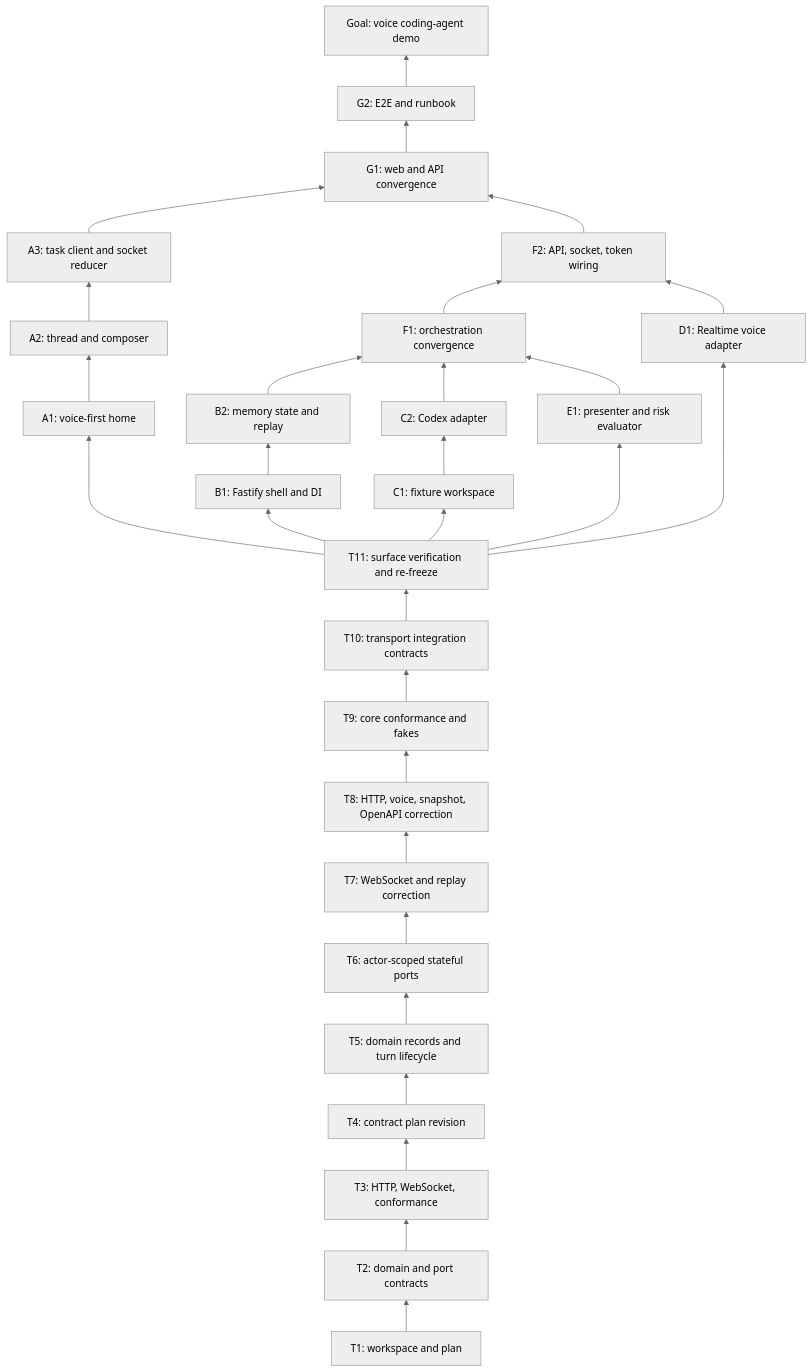
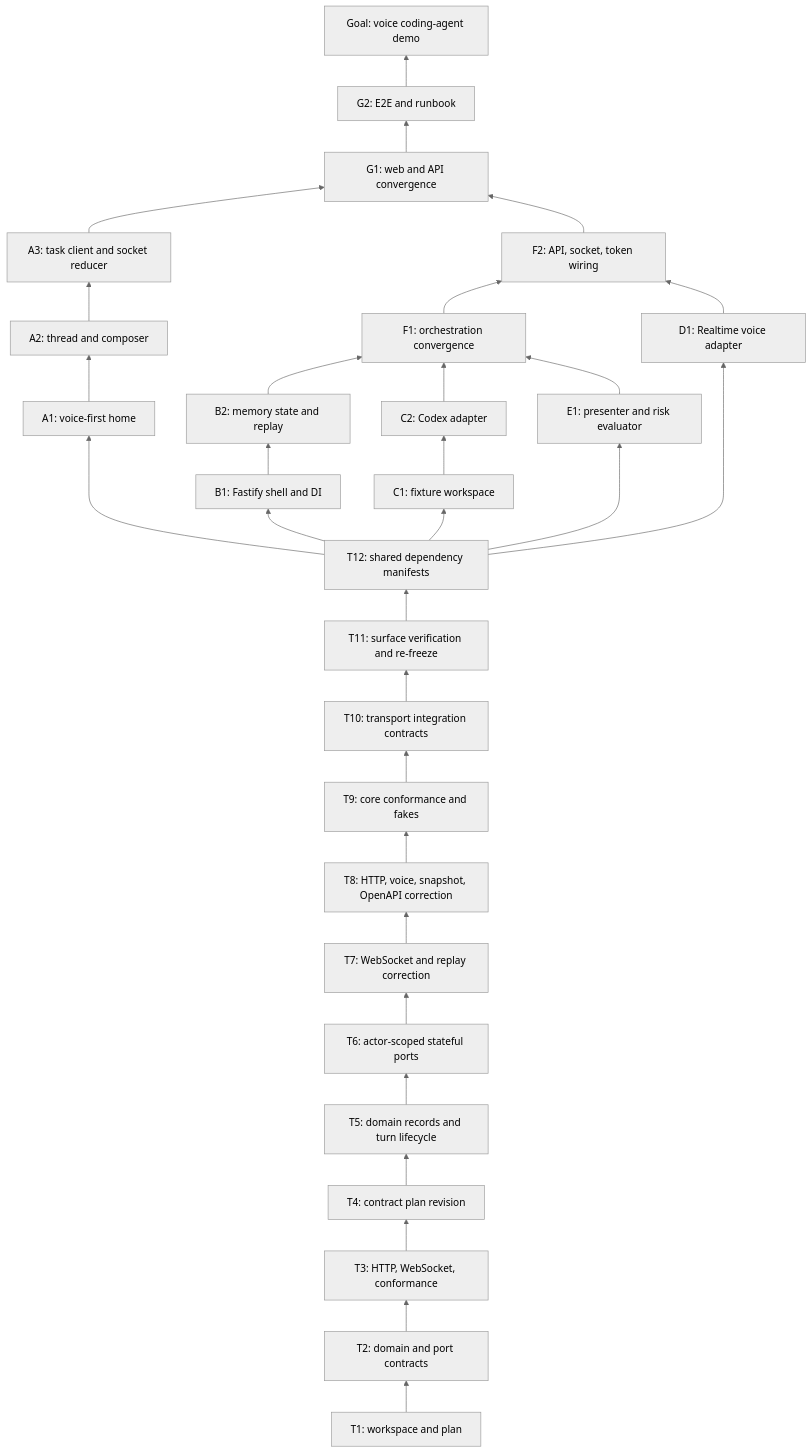
One commit to jv8-alt/voice-agent changed the sixth of 6 diagrams in MIKADO.md. Above: the diagram before and after it, drawn with Mermaid (neutral theme). The commit also changed other lines of this file and 9 other files, not shown here.

````diff
--- a/MIKADO.md
+++ b/MIKADO.md
@@ -270,31 +270,32 @@
 ```mermaid
 flowchart BT
   T1["T1: workspace and plan"] --> T2["T2: domain and port contracts"]
   T2 --> T3["T3: HTTP, WebSocket, conformance"]
   T3 --> T4["T4: contract plan revision"]
   T4 --> T5["T5: domain records and turn lifecycle"]
   T5 --> T6["T6: actor-scoped stateful ports"]
   T6 --> T7["T7: WebSocket and replay correction"]
   T7 --> T8["T8: HTTP, voice, snapshot, OpenAPI correction"]
   T8 --> T9["T9: core conformance and fakes"]
   T9 --> T10["T10: transport integration contracts"]
   T10 --> T11["T11: surface verification and re-freeze"]
-  T11 --> A1["A1: voice-first home"]
+  T11 --> T12["T12: shared dependency manifests"]
+  T12 --> A1["A1: voice-first home"]
   A1 --> A2["A2: thread and composer"]
   A2 --> A3["A3: task client and socket reducer"]
-  T11 --> B1["B1: Fastify shell and DI"]
+  T12 --> B1["B1: Fastify shell and DI"]
   B1 --> B2["B2: memory state and replay"]
-  T11 --> C1["C1: fixture workspace"]
+  T12 --> C1["C1: fixture workspace"]
   C1 --> C2["C2: Codex adapter"]
-  T11 --> D1["D1: Realtime voice adapter"]
-  T11 --> E1["E1: presenter and risk evaluator"]
+  T12 --> D1["D1: Realtime voice adapter"]
+  T12 --> E1["E1: presenter and risk evaluator"]
   B2 --> F1["F1: orchestration convergence"]
   C2 --> F1
   E1 --> F1
   F1 --> F2["F2: API, socket, token wiring"]
   D1 --> F2
   A3 --> G1["G1: web and API convergence"]
   F2 --> G1
   G1 --> G2["G2: E2E and runbook"]
   G2 --> G["Goal: voice coding-agent demo"]
 ```
````
